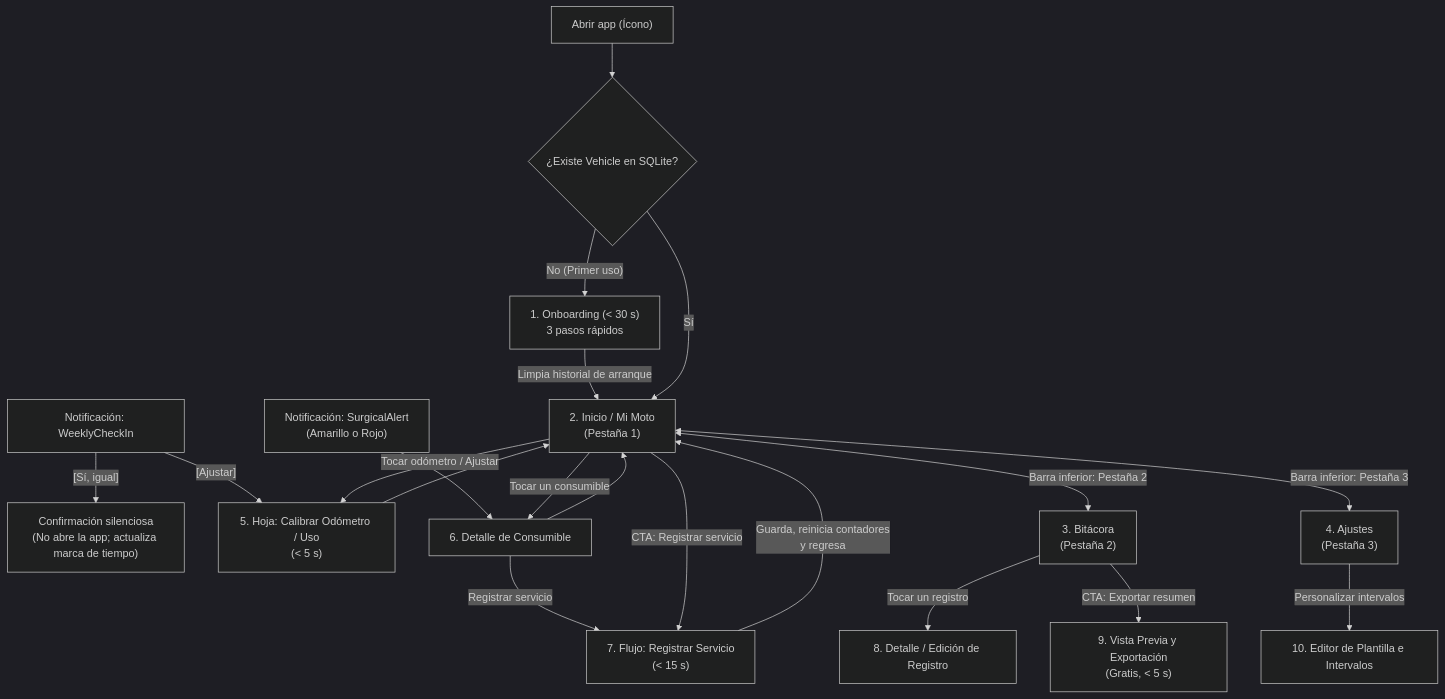
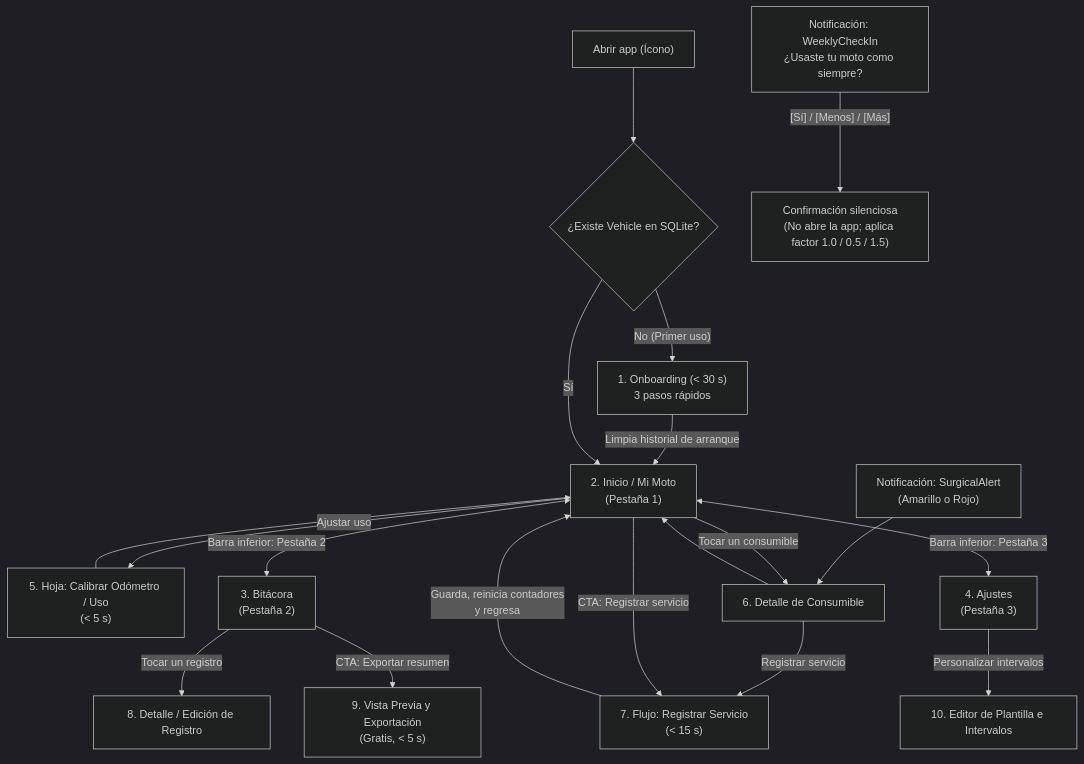
Before and after one commit to OGShawnLee/Itinera: the diagram in .routing/ROUTES.md, drawn with Mermaid (dark theme). The commit also changed other lines of this file and 19 other files, not shown here.

````diff
--- a/.routing/ROUTES.md
+++ b/.routing/ROUTES.md
@@ -26,27 +26,26 @@
 ```mermaid
 flowchart TD
     Launch["Abrir app (Ícono)"] --> HasBike{"¿Existe Vehicle en SQLite?"}
     HasBike -->|"No (Primer uso)"| Onboard["1. Onboarding (< 30 s)\n3 pasos rápidos"]
     Onboard -->|"Limpia historial de arranque"| Home["2. Inicio / Mi Moto\n(Pestaña 1)"]
     HasBike -->|"Sí"| Home
 
-    NotifCheckIn["Notificación: WeeklyCheckIn"] -->|"[Sí, igual]"| SilentConfirm["Confirmación silenciosa\n(No abre la app; actualiza marca de tiempo)"]
-    NotifCheckIn -->|"[Ajustar]"| QuickCalib["5. Hoja: Calibrar Odómetro / Uso\n(< 5 s)"]
+    NotifCheckIn["Notificación: WeeklyCheckIn\n¿Usaste tu moto como siempre?"] -->|"[Sí] / [Menos] / [Más]"| SilentConfirm["Confirmación silenciosa\n(No abre la app; aplica factor 1.0 / 0.5 / 1.5)"]
+    Home -->|"Ajustar uso"| QuickCalib["5. Hoja: Calibrar Odómetro / Uso\n(< 5 s)"]
     QuickCalib --> Home
 
     NotifAlert["Notificación: SurgicalAlert\n(Amarillo o Rojo)"] --> ItemDetail["6. Detalle de Consumible"]
     ItemDetail -->|"Registrar servicio"| LogService["7. Flujo: Registrar Servicio\n(< 15 s)"]
     ItemDetail --> Home
 
     Home -->|"Tocar un consumible"| ItemDetail
-    Home -->|"Tocar odómetro / Ajustar"| QuickCalib
     Home -->|"CTA: Registrar servicio"| LogService
     LogService -->|"Guarda, reinicia contadores\ny regresa"| Home
 
     Home <-->|"Barra inferior: Pestaña 2"| History["3. Bitácora\n(Pestaña 2)"]
     History -->|"Tocar un registro"| LogDetail["8. Detalle / Edición de Registro"]
     History -->|"CTA: Exportar resumen"| Export["9. Vista Previa y Exportación\n(Gratis, < 5 s)"]
 
     Home <-->|"Barra inferior: Pestaña 3"| Settings["4. Ajustes\n(Pestaña 3)"]
     Settings -->|"Personalizar intervalos"| TemplateEditor["10. Editor de Plantilla e Intervalos"]
 ```
````
